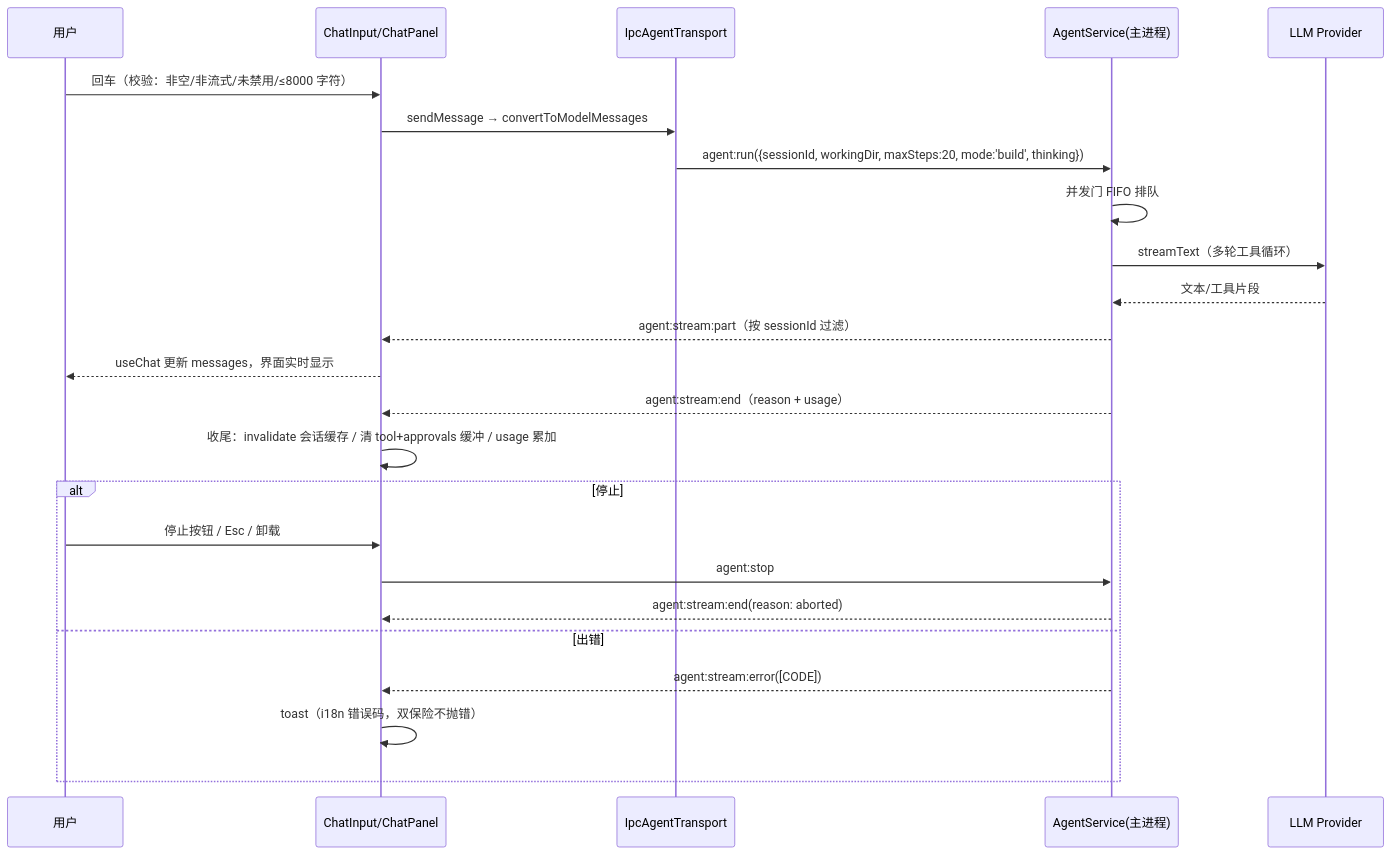
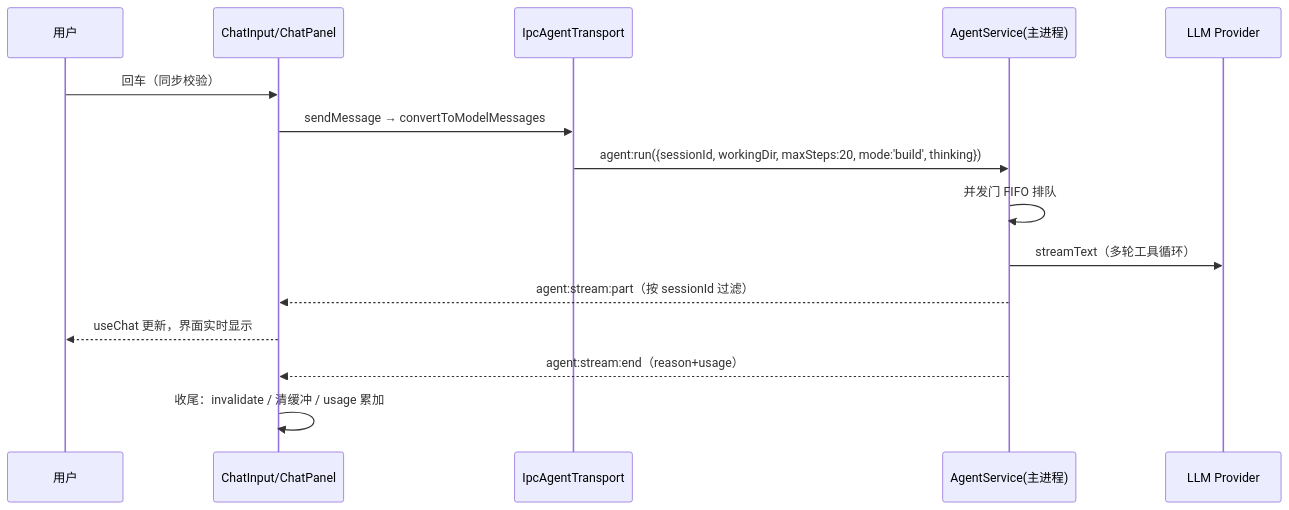
The fifth of 5 diagrams in docs/design/09-ux-interaction-spec.md (zlh12331/superagent), drawn with Mermaid before and after one commit. The commit also changed other lines of this file, not shown here.

````diff
--- a/docs/design/09-ux-interaction-spec.md
+++ b/docs/design/09-ux-interaction-spec.md
@@ -350,26 +271,17 @@
 ```mermaid
 sequenceDiagram
   participant U as 用户
   participant C as ChatInput/ChatPanel
   participant T as IpcAgentTransport
   participant M as AgentService(主进程)
   participant L as LLM Provider
-  U->>C: 回车（校验：非空/非流式/未禁用/≤8000 字符）
+  U->>C: 回车（同步校验）
   C->>T: sendMessage → convertToModelMessages
   T->>M: agent:run({sessionId, workingDir, maxSteps:20, mode:'build', thinking})
   M->>M: 并发门 FIFO 排队
   M->>L: streamText（多轮工具循环）
-  L-->>M: 文本/工具片段
   M-->>C: agent:stream:part（按 sessionId 过滤）
-  C-->>U: useChat 更新 messages，界面实时显示
-  M-->>C: agent:stream:end（reason + usage）
-  C->>C: 收尾：invalidate 会话缓存 / 清 tool+approvals 缓冲 / usage 累加
-  alt 停止
-    U->>C: 停止按钮 / Esc / 卸载
-    C->>M: agent:stop
-    M-->>C: agent:stream:end(reason: aborted)
-  else 出错
-    M-->>C: agent:stream:error([CODE])
-    C->>C: toast（i18n 错误码，双保险不抛错）
-  end
+  C-->>U: useChat 更新，界面实时显示
+  M-->>C: agent:stream:end（reason+usage）
+  C->>C: 收尾：invalidate / 清缓冲 / usage 累加
 ```
````
